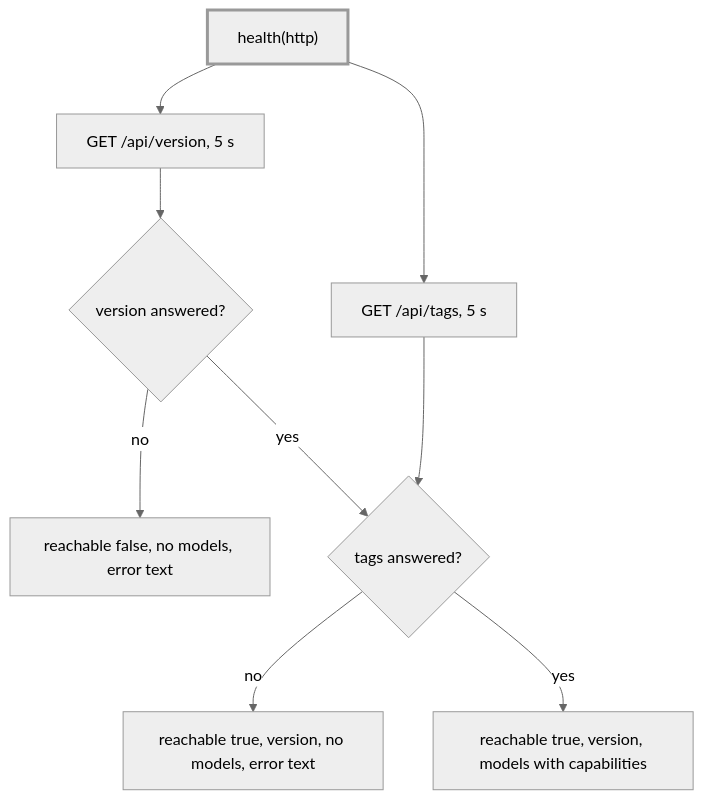
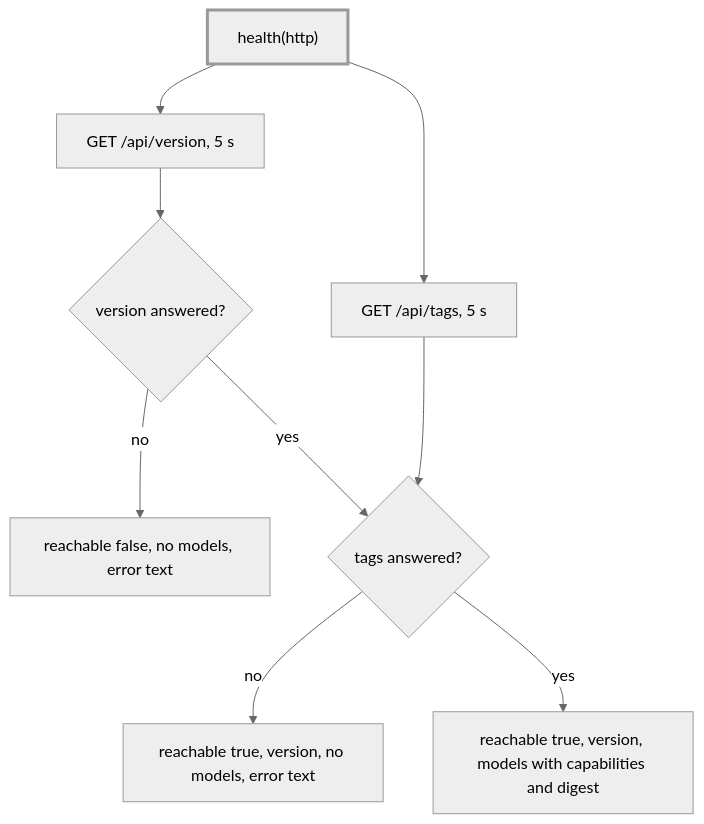
Before and after one commit to odere-pro/weekly-engineering-digest-agent: the diagram in src/models/adapters/health/CLAUDE.md, drawn with Mermaid (neutral theme). The commit also changed other lines of this file and 106 other files, not shown here.

````diff
--- a/src/models/adapters/health/CLAUDE.md
+++ b/src/models/adapters/health/CLAUDE.md
@@ -9,12 +9,12 @@
 ```mermaid
 flowchart TD
   check["health(http)"]:::focus --> ver["GET /api/version, 5 s"]
   check --> tags["GET /api/tags, 5 s"]
   ver --> vok{"version answered?"}
   vok -->|no| down["reachable false, no models, error text"]
   vok -->|yes| tok{"tags answered?"}
   tags --> tok
   tok -->|no| part["reachable true, version, no models, error text"]
-  tok -->|yes| full["reachable true, version, models with capabilities"]
+  tok -->|yes| full["reachable true, version, models with capabilities and digest"]
   classDef focus stroke-width:3px
 ```
````
